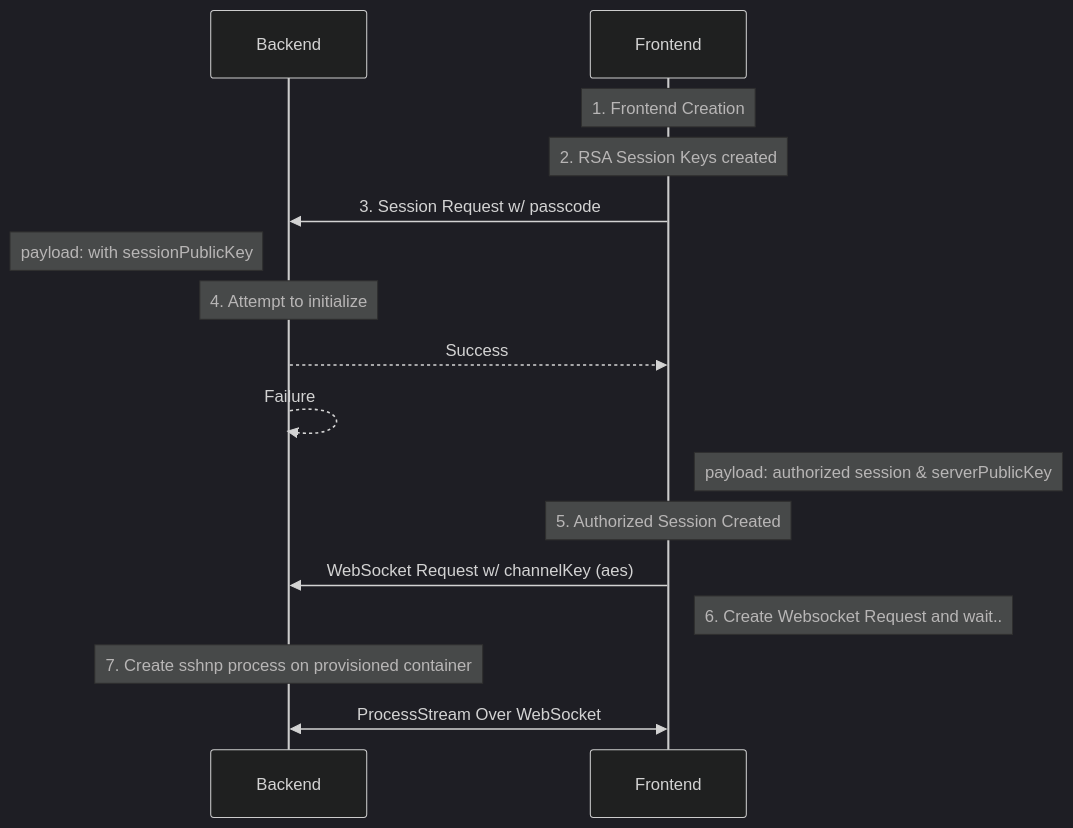
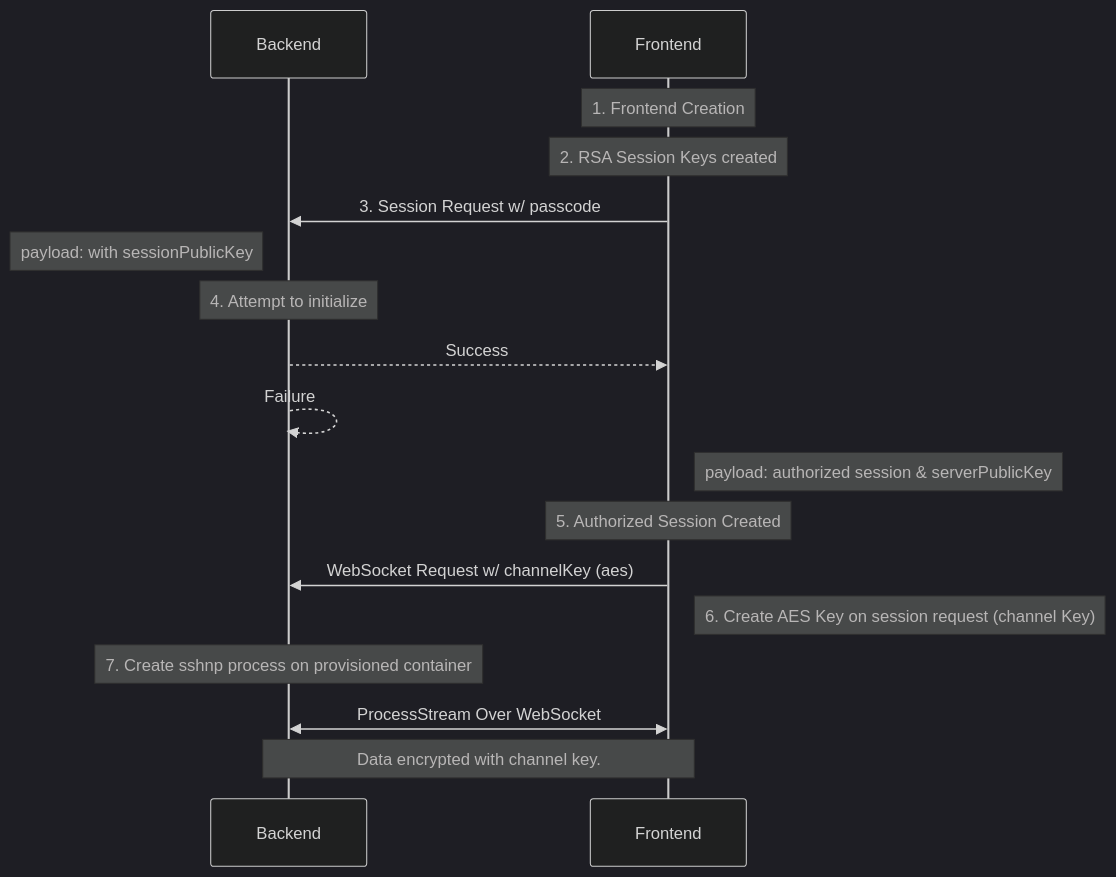
Before and after one commit to Xlin123/Xlin123.github.io: the diagram in devlogs/architecture/encryptionDetails.md, drawn with Mermaid (dark theme).

Commit message:
fix: clarify encryptionDetails diagram

````diff
--- a/devlogs/architecture/encryptionDetails.md
+++ b/devlogs/architecture/encryptionDetails.md
@@ -1,19 +1,20 @@
 ```mermaid
 sequenceDiagram
     participant B as Backend
     participant F as Frontend
 
     Note over F: 1. Frontend Creation
     Note over F: 2. RSA Session Keys created
     F ->> B: 3. Session Request w/ passcode
     Note left of B: payload: with sessionPublicKey
     Note Over B: 4. Attempt to initialize 
     B -->> F: Success
     B -->> B: Failure
     Note right of F: payload: authorized session & serverPublicKey
     Note over F: 5. Authorized Session Created
     F ->> B: WebSocket Request w/ channelKey (aes)
-    Note right of F: 6. Create Websocket Request and wait..
+    Note right of F: 6. Create AES Key on session request (channel Key)
     Note over B: 7. Create sshnp process on provisioned container
     B <<->> F: ProcessStream Over WebSocket 
+    Note over B,F: Data encrypted with channel key.
 ```
````
